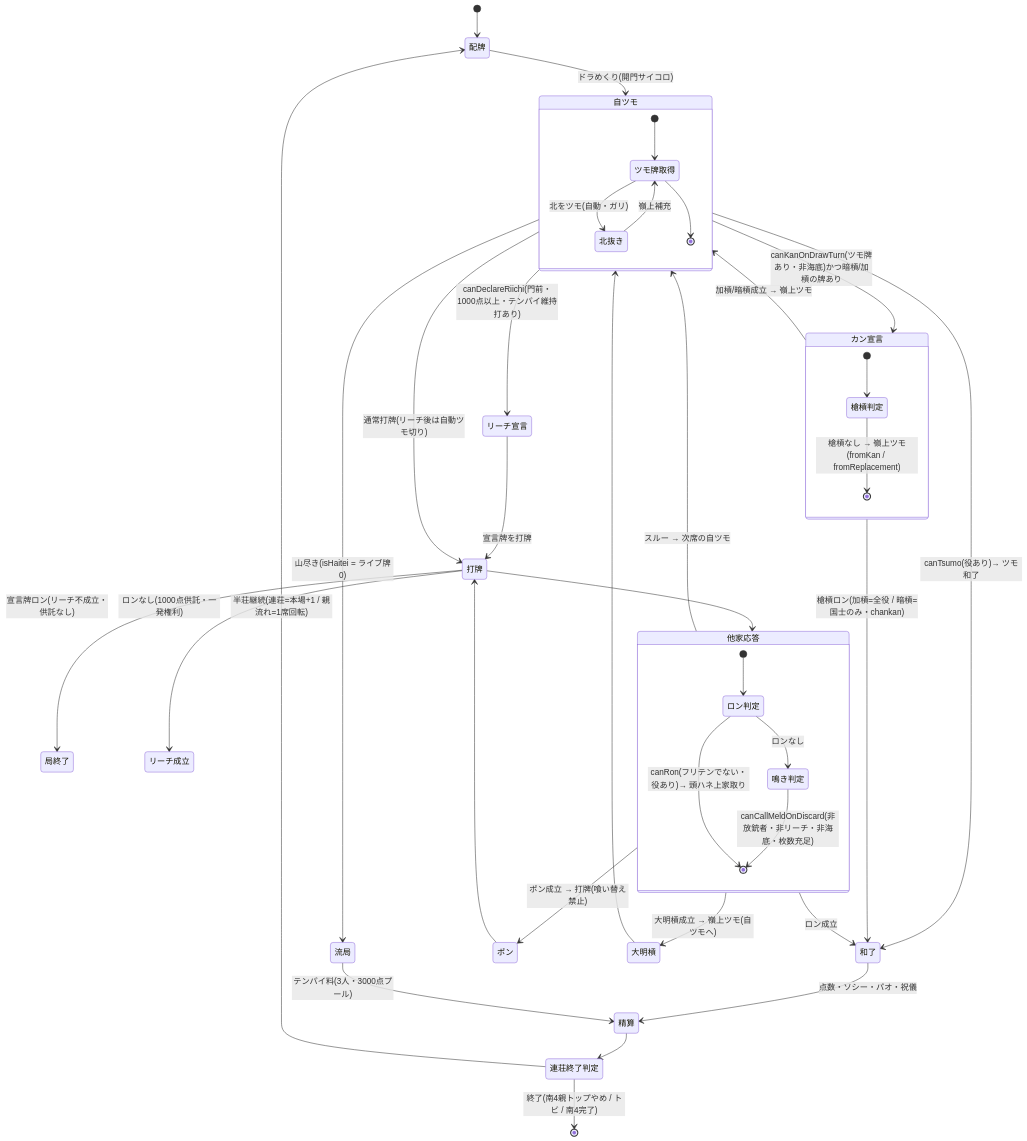
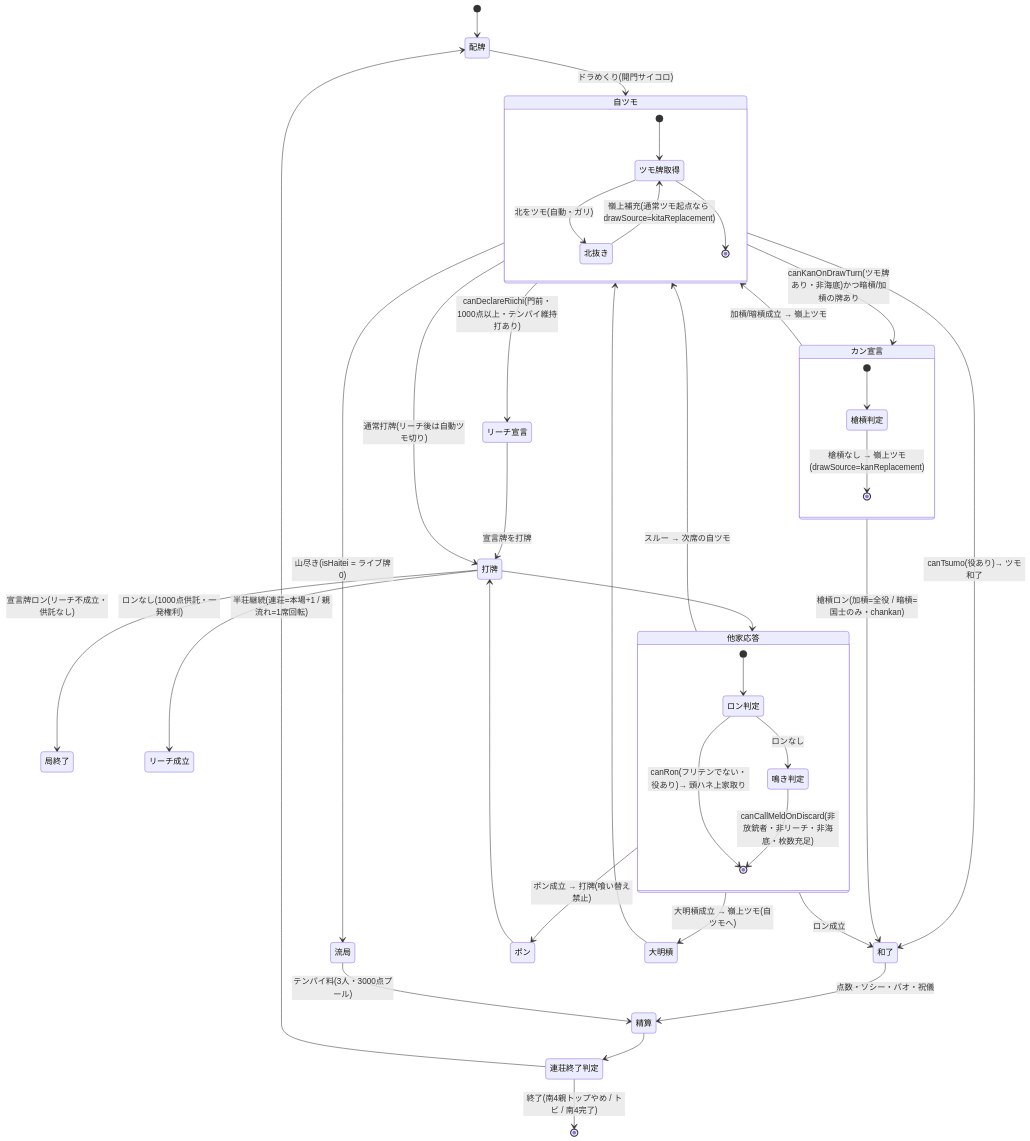
The second of 2 diagrams in documents/spec/game-flow.md (AutoDevJapan/FourBrosMahjong), drawn with Mermaid before and after one commit. The commit also changed other lines of this file and 9 other files, not shown here.

First line of the commit message:
refactor(game): fromKan/fromReplacement を drawSource 1変数へ集約する (#415) (#434)

````diff
--- a/documents/spec/game-flow.md
+++ b/documents/spec/game-flow.md
@@ -38,48 +38,48 @@
 ```mermaid
 stateDiagram-v2
     [*] --> 配牌
     配牌 --> 自ツモ: ドラめくり(開門サイコロ)
 
     state 自ツモ {
         [*] --> ツモ牌取得
         ツモ牌取得 --> 北抜き: 北をツモ(自動・ガリ)
-        北抜き --> ツモ牌取得: 嶺上補充
+        北抜き --> ツモ牌取得: 嶺上補充(通常ツモ起点なら drawSource=kitaReplacement)
         ツモ牌取得 --> [*]
     }
 
     自ツモ --> 流局: 山尽き(isHaitei = ライブ牌0)
     自ツモ --> 和了: canTsumo(役あり)→ ツモ和了
     自ツモ --> リーチ宣言: canDeclareRiichi(門前・1000点以上・テンパイ維持打あり)
     自ツモ --> カン宣言: canKanOnDrawTurn(ツモ牌あり・非海底)かつ暗槓/加槓の牌あり
     自ツモ --> 打牌: 通常打牌(リーチ後は自動ツモ切り)
     リーチ宣言 --> 打牌: 宣言牌を打牌
     打牌 --> 局終了: 宣言牌ロン(リーチ不成立・供託なし)
     打牌 --> リーチ成立: ロンなし(1000点供託・一発権利)
 
     state カン宣言 {
         [*] --> 槍槓判定
-        槍槓判定 --> [*]: 槍槓なし → 嶺上ツモ(fromKan / fromReplacement)
+        槍槓判定 --> [*]: 槍槓なし → 嶺上ツモ(drawSource=kanReplacement)
     }
     カン宣言 --> 自ツモ: 加槓/暗槓成立 → 嶺上ツモ
     カン宣言 --> 和了: 槍槓ロン(加槓=全役 / 暗槓=国士のみ・chankan)
 
     打牌 --> 他家応答
     state 他家応答 {
         [*] --> ロン判定
         ロン判定 --> [*]: canRon(フリテンでない・役あり)→ 頭ハネ上家取り
         ロン判定 --> 鳴き判定: ロンなし
         鳴き判定 --> [*]: canCallMeldOnDiscard(非放銃者・非リーチ・非海底・枚数充足)
     }
     他家応答 --> 和了: ロン成立
     他家応答 --> ポン: ポン成立 → 打牌(喰い替え禁止)
     他家応答 --> 大明槓: 大明槓成立 → 嶺上ツモ(自ツモへ)
     他家応答 --> 自ツモ: スルー → 次席の自ツモ
     ポン --> 打牌
     大明槓 --> 自ツモ
 
     和了 --> 精算: 点数・ソシー・パオ・祝儀
     流局 --> 精算: テンパイ料(3人・3000点プール)
     精算 --> 連荘終了判定
     連荘終了判定 --> 配牌: 半荘継続(連荘=本場+1 / 親流れ=1席回転)
     連荘終了判定 --> [*]: 終了(南4親トップやめ / トビ / 南4完了)
 ```
````
